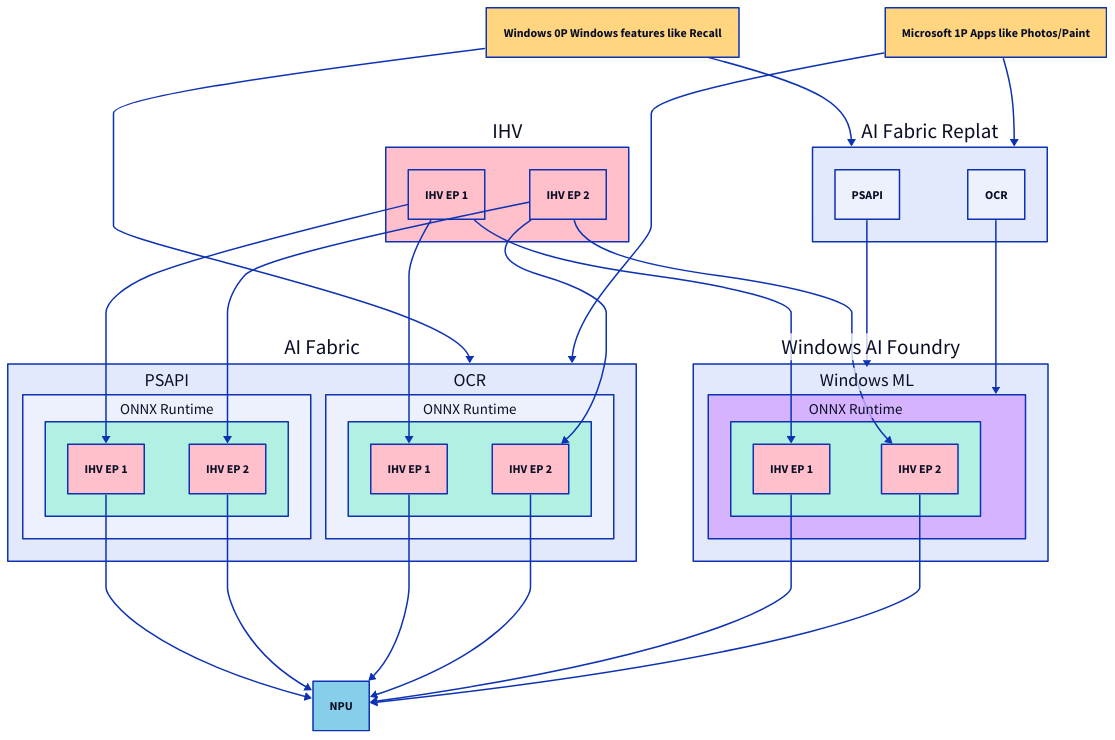
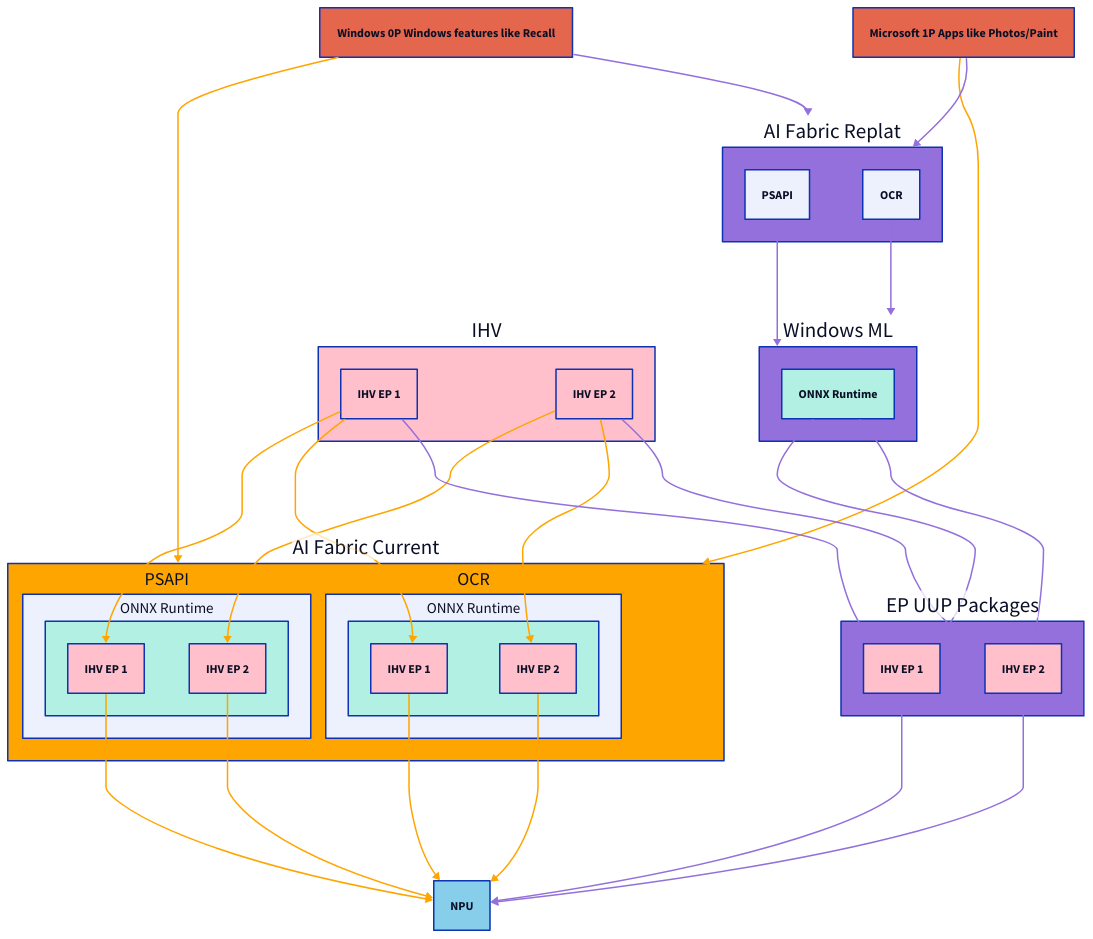
One commit to patahili/RunningDocs changed the diagram in SupportingFiles/Replat.d2. Above: the diagram before and after it, drawn with D2. The commit also changed 1 other file, not shown here.

```diff
--- a/SupportingFiles/Replat.d2
+++ b/SupportingFiles/Replat.d2
@@ -1,91 +1,138 @@
 0PWAIIA: "Windows 0P Windows features like Recall" {
-  style.fill: "#ffd580"
+  style.fill: "#E4664C"
 }
 
 1PWAIIA: "Microsoft 1P Apps like Photos/Paint" {
-  style.fill: "#ffd580"
+  style.fill: "#E4664C"
 }
 
-AIF: "AI Fabric" {
+AIF: "AI Fabric Current" {
+  style.fill: "#ffa500"
   PSAPI: "PSAPI" {
     ONNX: "ONNX Runtime" {
       style.fill: "#b2f0e3"
       EP1: "IHV EP 1" {
         style.fill: "#ffc0cb"
       }
       EP2: "IHV EP 2" {
         style.fill: "#ffc0cb"
       }
     }
   }
   OCR: "OCR" {
     ONNX: "ONNX Runtime" {
       style.fill: "#b2f0e3"
       EP1: "IHV EP 1" {
         style.fill: "#ffc0cb"
       }
       EP2: "IHV EP 2" {
         style.fill: "#ffc0cb"
       }
     }
   }
 }
 
 AIF_REPLAT: "AI Fabric Replat" {
+  style.fill: "#9370db"
   PSAPI: "PSAPI"
   OCR: "OCR"
 }
 
-WinAIF: "Windows AI Foundry" {
-  WinML: "Windows ML" {
-    style.fill: "#d5b3ff"
-    ONNX: "ONNX Runtime" {
-      style.fill: "#b2f0e3"
-      EP1: "IHV EP 1" {
-        style.fill: "#ffc0cb"
-      }
-      EP2: "IHV EP 2" {
-        style.fill: "#ffc0cb"
-      }
-    }
+WinML: "Windows ML" {
+  style.fill: "#9370db"
+  ONNX: "ONNX Runtime" {
+    style.fill: "#b2f0e3"
+  }
+}
+
+UUP: "EP UUP Packages" {
+  style.fill: "#9370db"
+  EP1: "IHV EP 1" {
+    style.fill: "#ffc0cb"
+  }
+  EP2: "IHV EP 2" {
+    style.fill: "#ffc0cb"
   }
 }
 
 IHV: "IHV" {
   EP1: "IHV EP 1" {
     style.fill: "#ffc0cb"
   }
   EP2: "IHV EP 2" {
     style.fill: "#ffc0cb"
   }
   style.fill: "#ffc0cb"
 }
 
 NPU: "NPU" {
   style.fill: "#87ceeb"
 }
 
-0PWAIIA -> AIF
-1PWAIIA -> AIF
+0PWAIIA -> AIF: {
+  style.stroke: "#ffa500"
+}
+1PWAIIA -> AIF: {
+  style.stroke: "#ffa500"
+}
 
-IHV.EP1 -> WinAIF.WinML.ONNX.EP1
-IHV.EP2 -> WinAIF.WinML.ONNX.EP2
+IHV.EP1 -> AIF.PSAPI.ONNX.EP1: {
+  style.stroke: "#ffa500"
+}
+IHV.EP2 -> AIF.PSAPI.ONNX.EP2: {
+  style.stroke: "#ffa500"
+}
 
-IHV.EP1 -> AIF.PSAPI.ONNX.EP1
-IHV.EP2 -> AIF.PSAPI.ONNX.EP2
+IHV.EP1 -> AIF.OCR.ONNX.EP1: {
+  style.stroke: "#ffa500"
+}
+IHV.EP2 -> AIF.OCR.ONNX.EP2: {
+  style.stroke: "#ffa500"
+}
+AIF.PSAPI.ONNX.EP1 -> NPU: {
+  style.stroke: "#ffa500"
+}
+AIF.OCR.ONNX.EP1 -> NPU: {
+  style.stroke: "#ffa500"
+}
+AIF.PSAPI.ONNX.EP2 -> NPU: {
+  style.stroke: "#ffa500"
+}
+AIF.OCR.ONNX.EP2 -> NPU: {
+  style.stroke: "#ffa500"
+}
 
-IHV.EP1 -> AIF.OCR.ONNX.EP1
-IHV.EP2 -> AIF.OCR.ONNX.EP2
+0PWAIIA -> AIF_REPLAT: {
+  style.stroke: "#9370db"
+}
+1PWAIIA -> AIF_REPLAT: {
+  style.stroke: "#9370db"
+}
 
-AIF_REPLAT.PSAPI -> WinAIF.WinML
-AIF_REPLAT.OCR -> WinAIF.WinML
+AIF_REPLAT.PSAPI -> WinML: {
+  style.stroke: "#9370db"
+}
+AIF_REPLAT.OCR -> WinML: {
+  style.stroke: "#9370db"
+}
 
-0PWAIIA -> AIF_REPLAT
-1PWAIIA -> AIF_REPLAT
+WinML.ONNX -> UUP.EP1: {
+  style.stroke: "#9370db"
+}
+WinML.ONNX -> UUP.EP2: {
+  style.stroke: "#9370db"
+}
 
-AIF.PSAPI.ONNX.EP1 -> NPU
-AIF.PSAPI.ONNX.EP2 -> NPU
-AIF.OCR.ONNX.EP1 -> NPU
-AIF.OCR.ONNX.EP2 -> NPU
-WinAIF.WinML.ONNX.EP1 -> NPU
-WinAIF.WinML.ONNX.EP2 -> NPU
+UUP.EP1 -> NPU: {
+  style.stroke: "#9370db"
+}
+UUP.EP2 -> NPU: {
+  style.stroke: "#9370db"
+}
+
+IHV.EP1 -> UUP.EP1: {
+  style.stroke: "#9370db"
+}
+IHV.EP2 -> UUP.EP2: {
+  style.stroke: "#9370db"
+}
```
